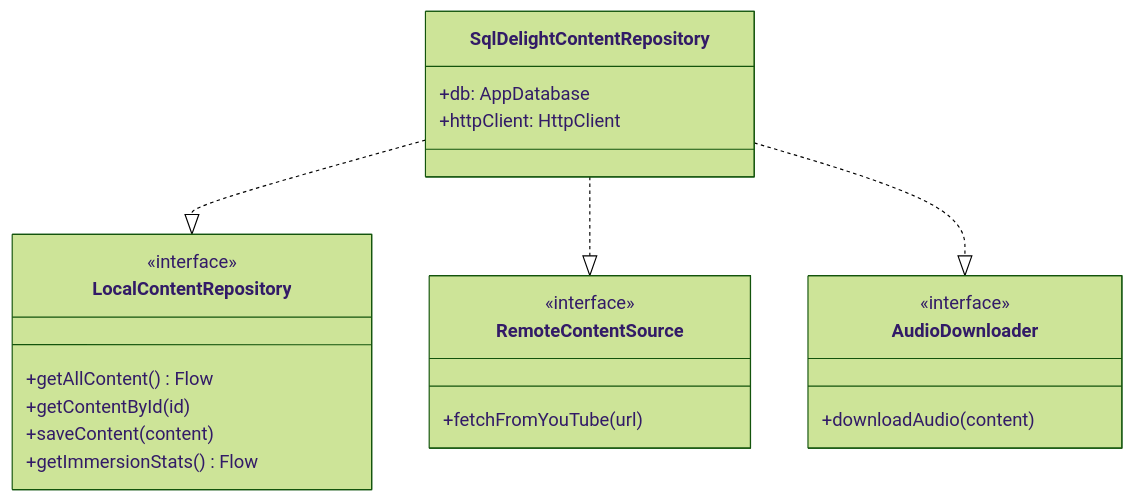
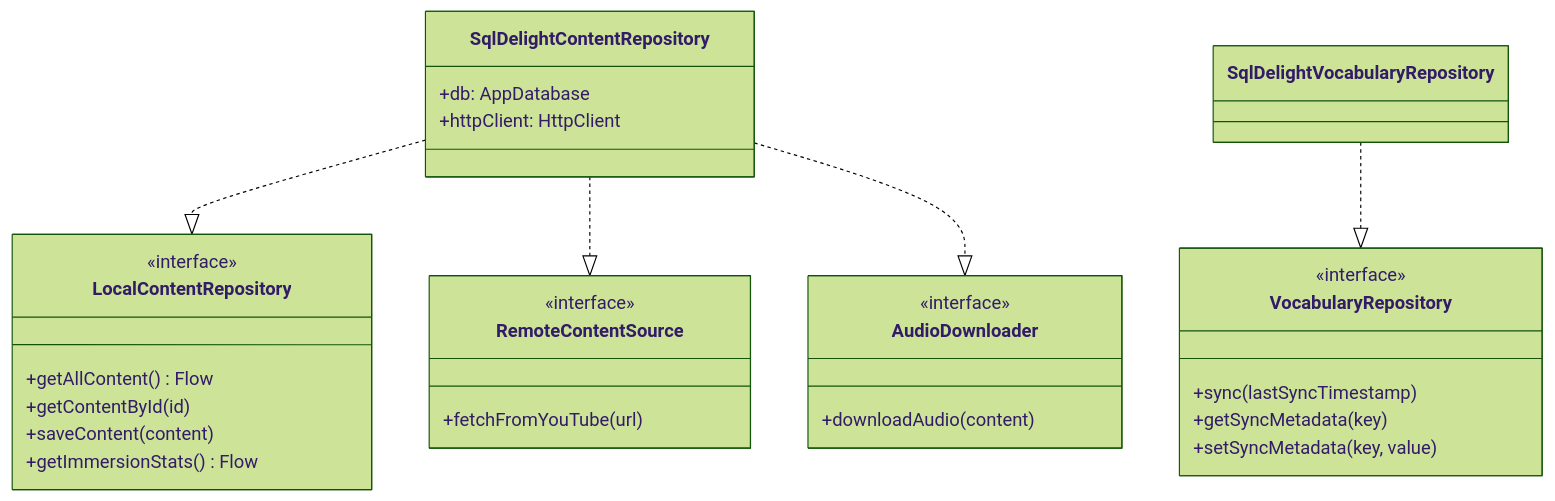
One commit to ursusandwolf/langkraft changed the second of 6 diagrams in docs/UML.md. Above: the diagram before and after it, drawn with Mermaid (forest theme). The commit also changed other lines of this file and 1 other file, not shown here.

Commit message:
docs: finalize session with updated architecture and tests

````diff
--- a/docs/UML.md
+++ b/docs/UML.md
@@ -32,26 +32,33 @@
 ```mermaid
 classDiagram
     class LocalContentRepository {
         <<interface>>
         +getAllContent() Flow
         +getContentById(id)
         +saveContent(content)
         +getImmersionStats() Flow
     }
     class RemoteContentSource {
         <<interface>>
         +fetchFromYouTube(url)
     }
     class AudioDownloader {
         <<interface>>
         +downloadAudio(content)
     }
     class SqlDelightContentRepository {
         +db: AppDatabase
         +httpClient: HttpClient
     }
+    class VocabularyRepository {
+        <<interface>>
+        +sync(lastSyncTimestamp)
+        +getSyncMetadata(key)
+        +setSyncMetadata(key, value)
+    }
 
     SqlDelightContentRepository ..|> LocalContentRepository
     SqlDelightContentRepository ..|> RemoteContentSource
     SqlDelightContentRepository ..|> AudioDownloader
+    SqlDelightVocabularyRepository ..|> VocabularyRepository
 ```
````
